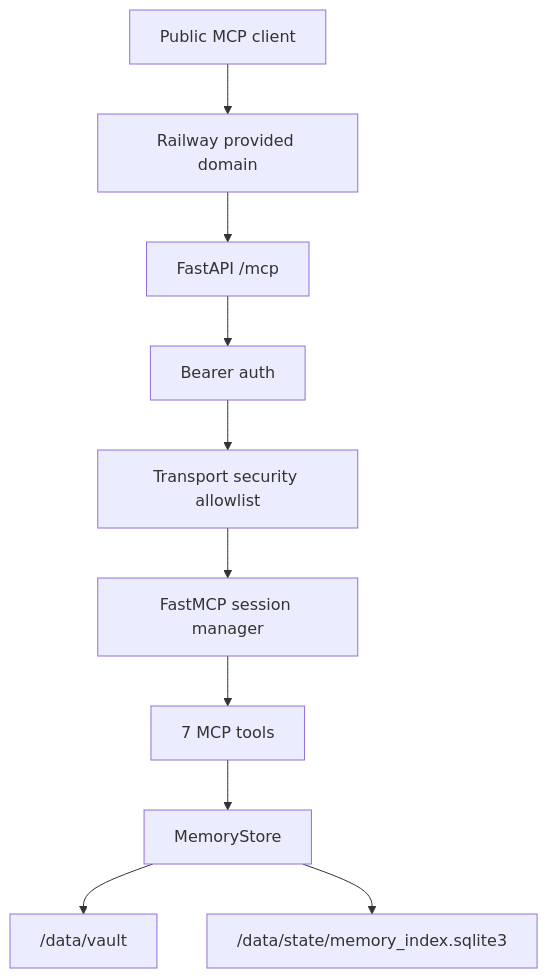
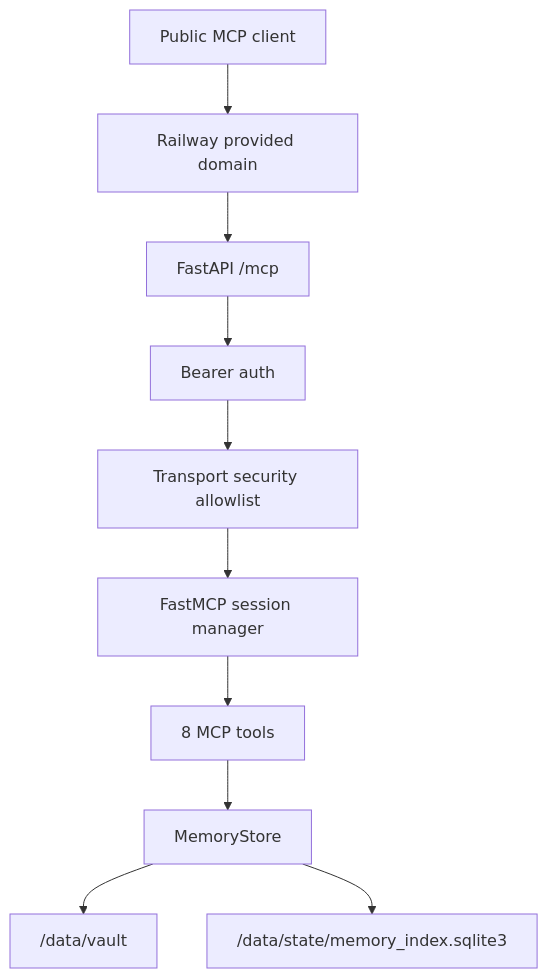
The third of 5 diagrams in SYSTEM_ARCHITECTURE.md (macho715/mcp_obsi), drawn with Mermaid before and after one commit. The commit also changed other lines of this file and 3 other files, not shown here.

````diff
--- a/SYSTEM_ARCHITECTURE.md
+++ b/SYSTEM_ARCHITECTURE.md
@@ -179,12 +188,12 @@
 ```mermaid
 flowchart TD
     Client["Public MCP client"] --> Domain["Railway provided domain"]
     Domain --> FastAPI["FastAPI /mcp"]
     FastAPI --> Auth["Bearer auth"]
     Auth --> HostCheck["Transport security allowlist"]
     HostCheck --> Session["FastMCP session manager"]
-    Session --> Tools["7 MCP tools"]
+    Session --> Tools["8 MCP tools"]
     Tools --> Store["MemoryStore"]
     Store --> Vault["/data/vault"]
     Store --> SQLite["/data/state/memory_index.sqlite3"]
 ```
````
